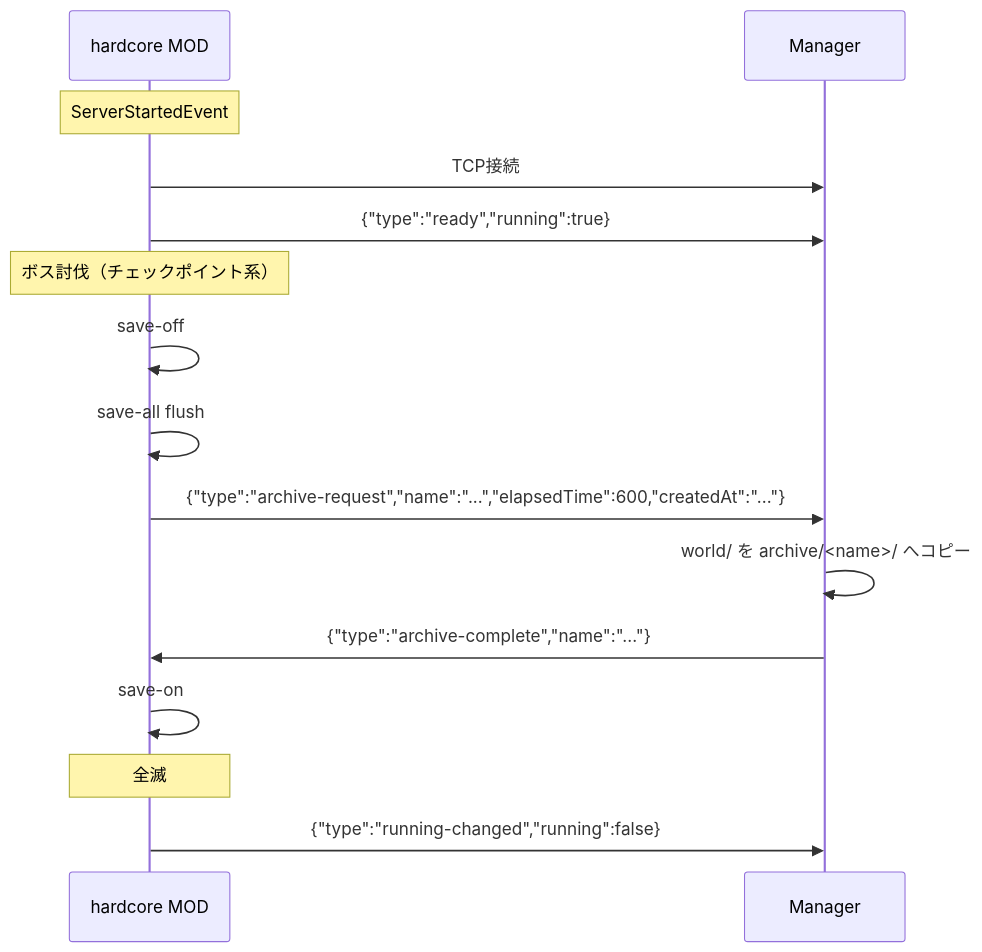
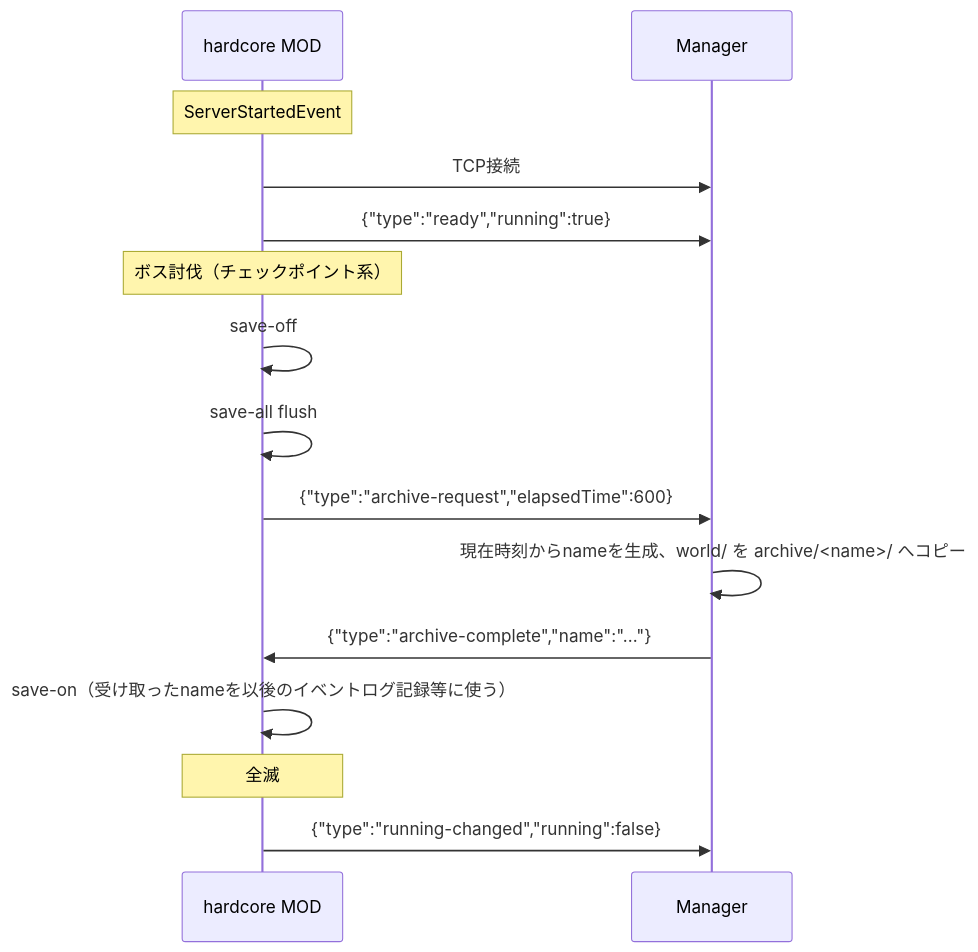
Before and after one commit to minekube/gate-plugin-template: the diagram in docs/protocol-mod-manager.md, drawn with Mermaid. The commit also changed other lines of this file and 2 other files, not shown here.

First line of the commit message:
Simplify archive-request naming and add Manager's architecture doc

````diff
--- a/docs/protocol-mod-manager.md
+++ b/docs/protocol-mod-manager.md
@@ -99,20 +109,20 @@
 ```mermaid
 sequenceDiagram
     participant MOD as hardcore MOD
     participant MGR as Manager
 
     Note over MOD: ServerStartedEvent
     MOD->>MGR: TCP接続
     MOD->>MGR: {"type":"ready","running":true}
 
     Note over MOD: ボス討伐（チェックポイント系）
     MOD->>MOD: save-off
     MOD->>MOD: save-all flush
-    MOD->>MGR: {"type":"archive-request","name":"...","elapsedTime":600,"createdAt":"..."}
-    MGR->>MGR: world/ を archive/<name>/ へコピー
+    MOD->>MGR: {"type":"archive-request","elapsedTime":600}
+    MGR->>MGR: 現在時刻からnameを生成、world/ を archive/<name>/ へコピー
     MGR->>MOD: {"type":"archive-complete","name":"..."}
-    MOD->>MOD: save-on
+    MOD->>MOD: save-on（受け取ったnameを以後のイベントログ記録等に使う）
 
     Note over MOD: 全滅
     MOD->>MGR: {"type":"running-changed","running":false}
 ```
````
